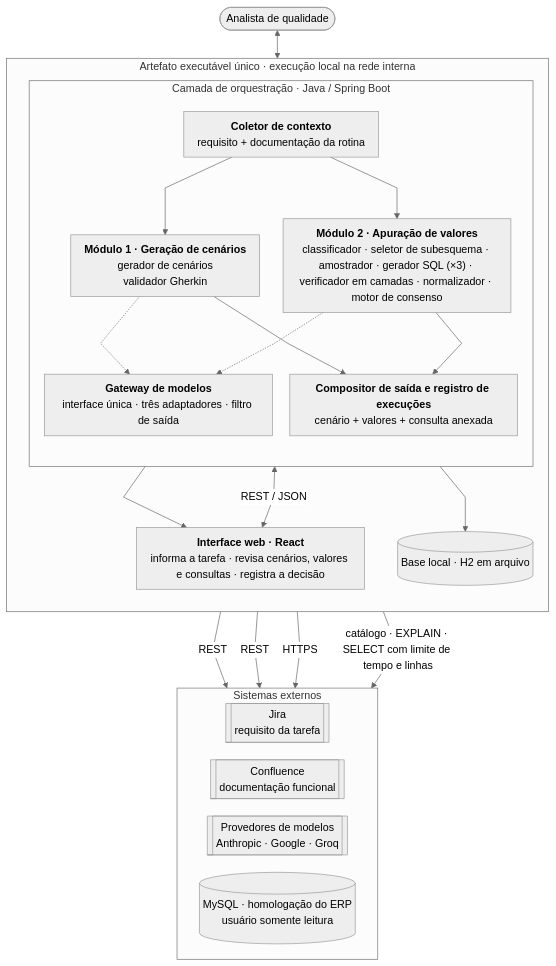
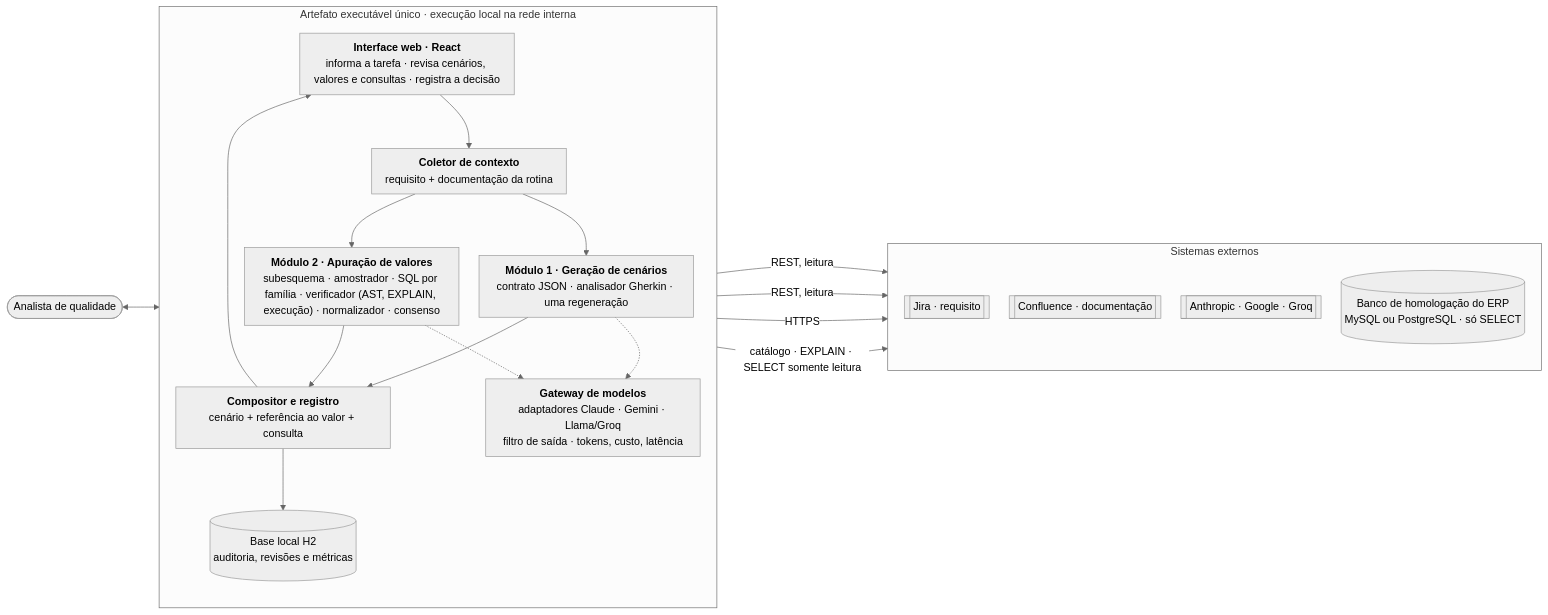
Before and after one commit to edukrause/PlataformaTestes: the diagram in docs/diagramas/arquitetura.mmd, drawn with Mermaid. The commit also changed 31 other files, not shown here.

```diff
--- a/docs/diagramas/arquitetura.mmd
+++ b/docs/diagramas/arquitetura.mmd
@@ -1,42 +1,37 @@
-%%{init: {"theme":"neutral","flowchart":{"curve":"linear","nodeSpacing":26,"rankSpacing":42,"padding":10,"wrappingWidth":300},"themeVariables":{"fontFamily":"Arial","fontSize":"16px"}}}%%
-flowchart TB
+%%{init: {"theme":"neutral","flowchart":{"curve":"basis","nodeSpacing":30,"rankSpacing":55,"padding":10,"wrappingWidth":280},"themeVariables":{"fontFamily":"Arial","fontSize":"16px"}}}%%
+flowchart LR
     AN(["Analista de qualidade"])
 
     subgraph LOCAL["Artefato executável único · execução local na rede interna"]
         direction TB
         UI["<b>Interface web · React</b><br/>informa a tarefa · revisa cenários, valores e consultas · registra a decisão"]
-
-        subgraph ORQ["Camada de orquestração · Java / Spring Boot"]
-            direction TB
-            CTX["<b>Coletor de contexto</b><br/>requisito + documentação da rotina"]
-            M1["<b>Módulo 1 · Geração de cenários</b><br/>gerador de cenários<br/>validador Gherkin"]
-            M2["<b>Módulo 2 · Apuração de valores</b><br/>classificador · seletor de subesquema · amostrador · gerador SQL (×3) · verificador em camadas · normalizador · motor de consenso"]
-            GW["<b>Gateway de modelos</b><br/>interface única · três adaptadores · filtro de saída"]
-            CMP["<b>Compositor de saída e registro de execuções</b><br/>cenário + valores + consulta anexada"]
-            CTX --> M1
-            CTX --> M2
-            M1 -.-> GW
-            M2 -.-> GW
-            M1 --> CMP
-            M2 --> CMP
-        end
-
-        DBL[("Base local · H2 em arquivo")]
+        CTX["<b>Coletor de contexto</b><br/>requisito + documentação da rotina"]
+        M1["<b>Módulo 1 · Geração de cenários</b><br/>contrato JSON · analisador Gherkin · uma regeneração"]
+        M2["<b>Módulo 2 · Apuração de valores</b><br/>subesquema · amostrador · SQL por família · verificador (AST, EXPLAIN, execução) · normalizador · consenso"]
+        GW["<b>Gateway de modelos</b><br/>adaptadores Claude · Gemini · Llama/Groq<br/>filtro de saída · tokens, custo, latência"]
+        CMP["<b>Compositor e registro</b><br/>cenário + referência ao valor + consulta"]
+        DBL[("Base local H2<br/>auditoria, revisões e métricas")]
+        UI --> CTX
+        CTX --> M1
+        CTX --> M2
+        M1 --> CMP
+        M2 --> CMP
+        M1 -.-> GW
+        M2 -.-> GW
+        CMP --> UI
+        CMP --> DBL
     end
 
     subgraph EXT["Sistemas externos"]
-        direction LR
-        JIRA[["Jira<br/>requisito da tarefa"]]
-        CONF[["Confluence<br/>documentação funcional"]]
-        LLM[["Provedores de modelos<br/>Anthropic · Google · Groq"]]
-        ERP[("MySQL · homologação do ERP<br/>usuário somente leitura")]
+        direction TB
+        JIRA[["Jira · requisito"]]
+        CONF[["Confluence · documentação"]]
+        LLM[["Anthropic · Google · Groq"]]
+        ERP[("Banco de homologação do ERP<br/>MySQL ou PostgreSQL · só SELECT")]
     end
 
     AN <--> UI
-    UI <-->|"REST / JSON"| CTX
-    CMP --> UI
-    CMP --> DBL
-    CTX -->|"REST"| JIRA
-    CTX -->|"REST"| CONF
+    CTX -->|"REST, leitura"| JIRA
+    CTX -->|"REST, leitura"| CONF
     GW -->|"HTTPS"| LLM
-    M2 -->|"catálogo · EXPLAIN · SELECT com limite de tempo e linhas"| ERP
+    M2 -->|"catálogo · EXPLAIN · SELECT somente leitura"| ERP
```
